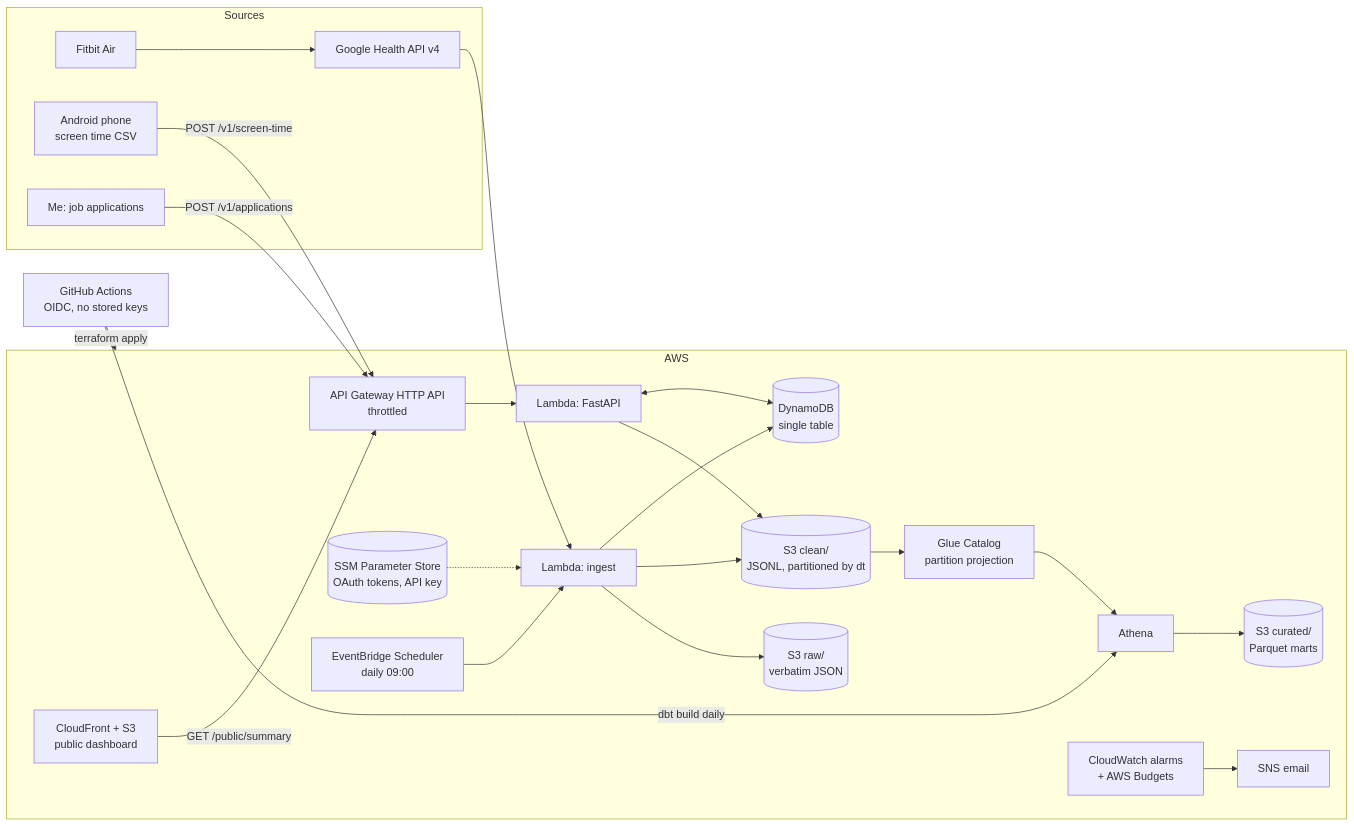
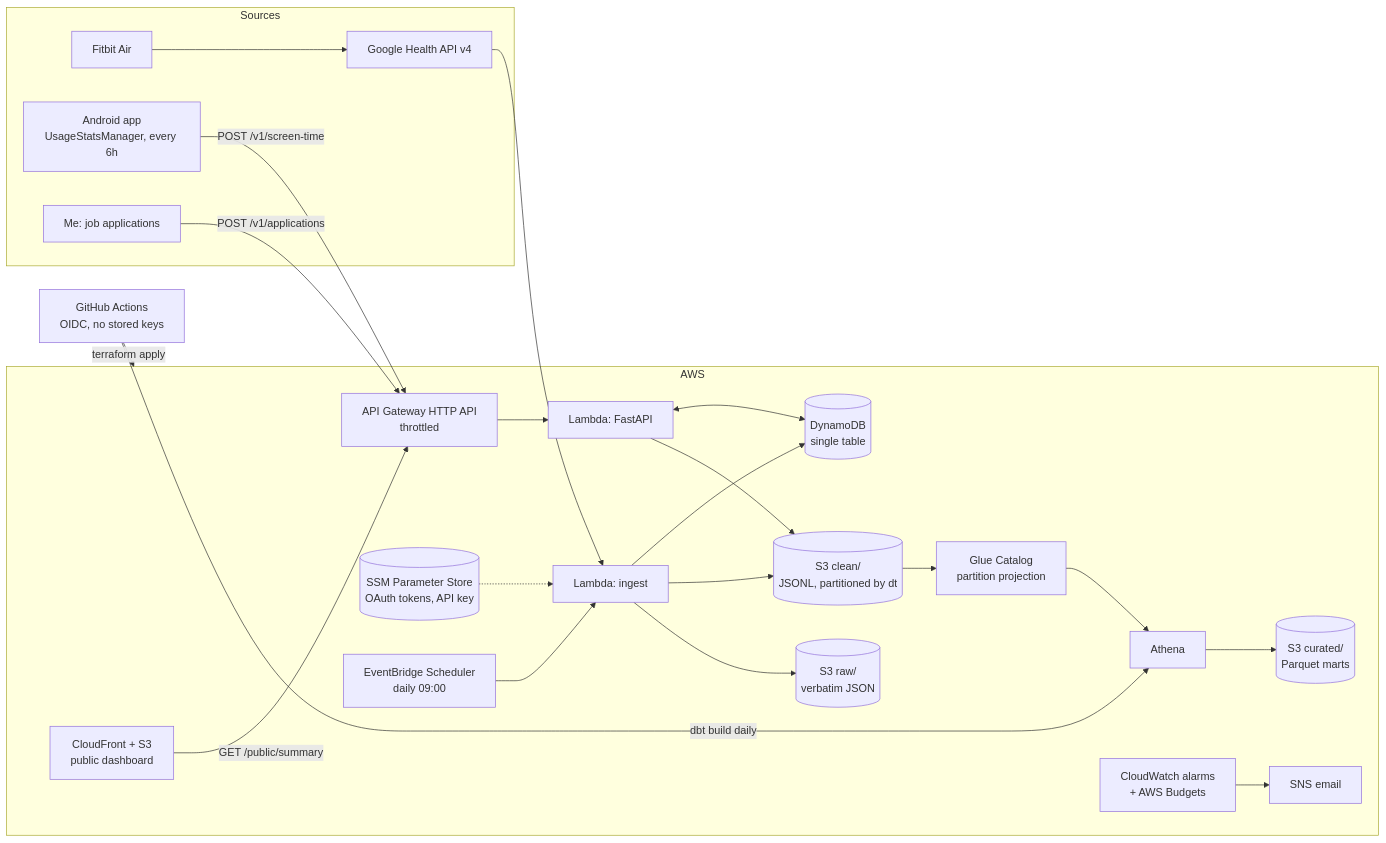
The diagram in README.md (saivardhan13-MSV/life-api), drawn with Mermaid before and after one commit. The commit also changed other lines of this file and 16 other files, not shown here.

First line of the commit message:
Add Android screen-time app built in CI

````diff
--- a/README.md
+++ b/README.md
@@ -13,33 +13,33 @@
 ```mermaid
 flowchart LR
   subgraph Sources
     FB[Fitbit Air] --> GH[Google Health API v4]
-    PH[Android phone<br/>screen time CSV]
+    PH[Android app<br/>UsageStatsManager, every 6h]
     ME[Me: job applications]
   end
 
   subgraph AWS
     SCH[EventBridge Scheduler<br/>daily 09:00] --> ING[Lambda: ingest]
     GH --> ING
     SSM[(SSM Parameter Store<br/>OAuth tokens, API key)] -.-> ING
     PH -->|POST /v1/screen-time| APIGW
     ME -->|POST /v1/applications| APIGW
     APIGW[API Gateway HTTP API<br/>throttled] --> API[Lambda: FastAPI]
 
     ING --> RAW[(S3 raw/<br/>verbatim JSON)]
     ING --> CLEAN[(S3 clean/<br/>JSONL, partitioned by dt)]
     API --> CLEAN
     ING --> DDB[(DynamoDB<br/>single table)]
     API <--> DDB
 
     CLEAN --> GLUE[Glue Catalog<br/>partition projection]
     GLUE --> ATH[Athena]
     ATH --> CUR[(S3 curated/<br/>Parquet marts)]
 
     CF[CloudFront + S3<br/>public dashboard] -->|GET /public/summary| APIGW
     CW[CloudWatch alarms<br/>+ AWS Budgets] --> SNS[SNS email]
   end
 
   GHA[GitHub Actions<br/>OIDC, no stored keys] -->|terraform apply| AWS
   GHA -->|dbt build daily| ATH
 ```
````
